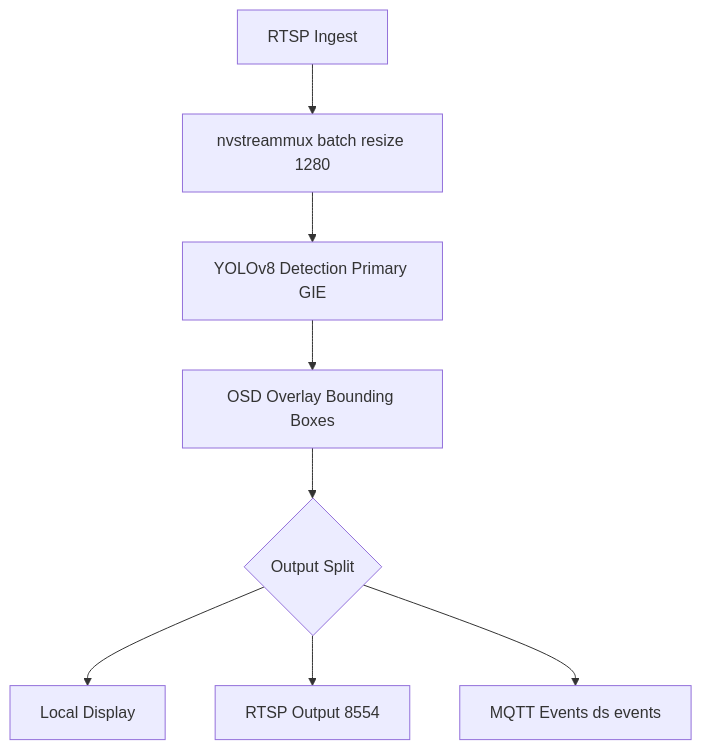
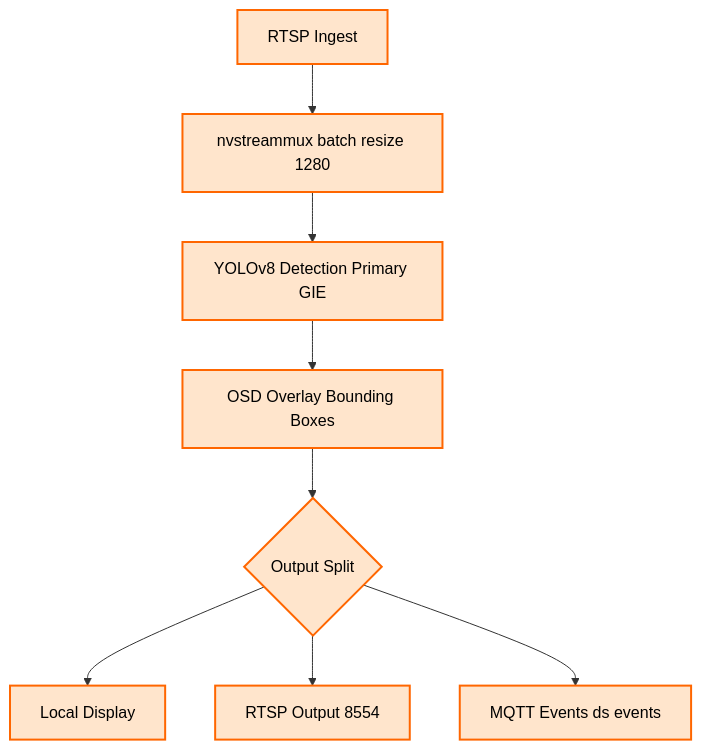
Before and after one commit to hbo-bomb/Project-Nilbye: the second of 4 diagrams in Project Documentation/architecture.md, drawn with Mermaid. The commit also changed other lines of this file, not shown here.

````diff
--- a/Project Documentation/architecture.md
+++ b/Project Documentation/architecture.md
@@ -40,17 +41,21 @@
 ```mermaid
 flowchart TB
+
+  classDef core fill:#ffe5cc,stroke:#ff6600,stroke-width:2px,color:#000000;
 
   SRC[RTSP Ingest]
   MUX[nvstreammux batch resize 1280]
   INF[YOLOv8 Detection Primary GIE]
   OSD[OSD Overlay Bounding Boxes]
   SPLIT{Output Split}
   DISP[Local Display]
   RTSP[RTSP Output 8554]
   META[MQTT Events ds events]
 
   SRC --> MUX --> INF --> OSD --> SPLIT
   SPLIT --> DISP
   SPLIT --> RTSP
   SPLIT --> META
+
+  class SRC,MUX,INF,OSD,SPLIT,DISP,RTSP,META core
 ```
````
